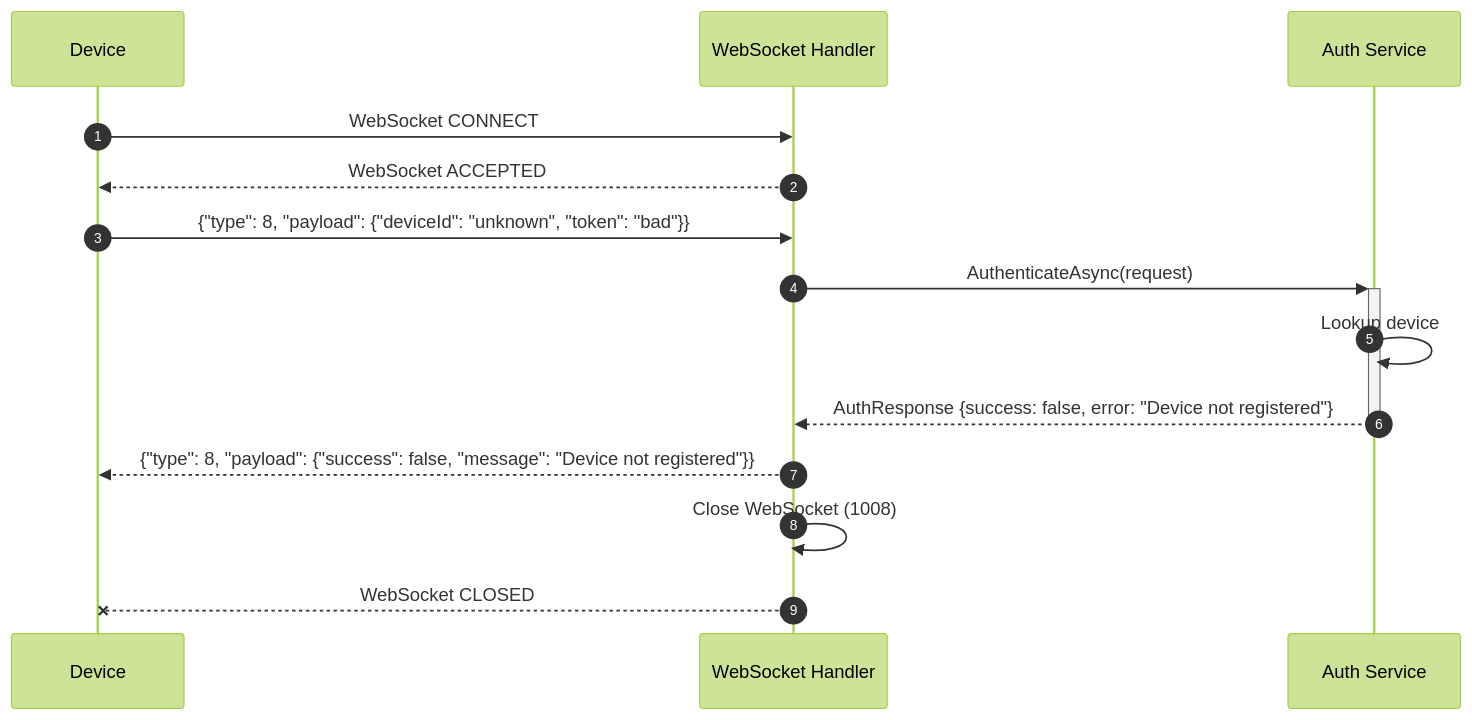
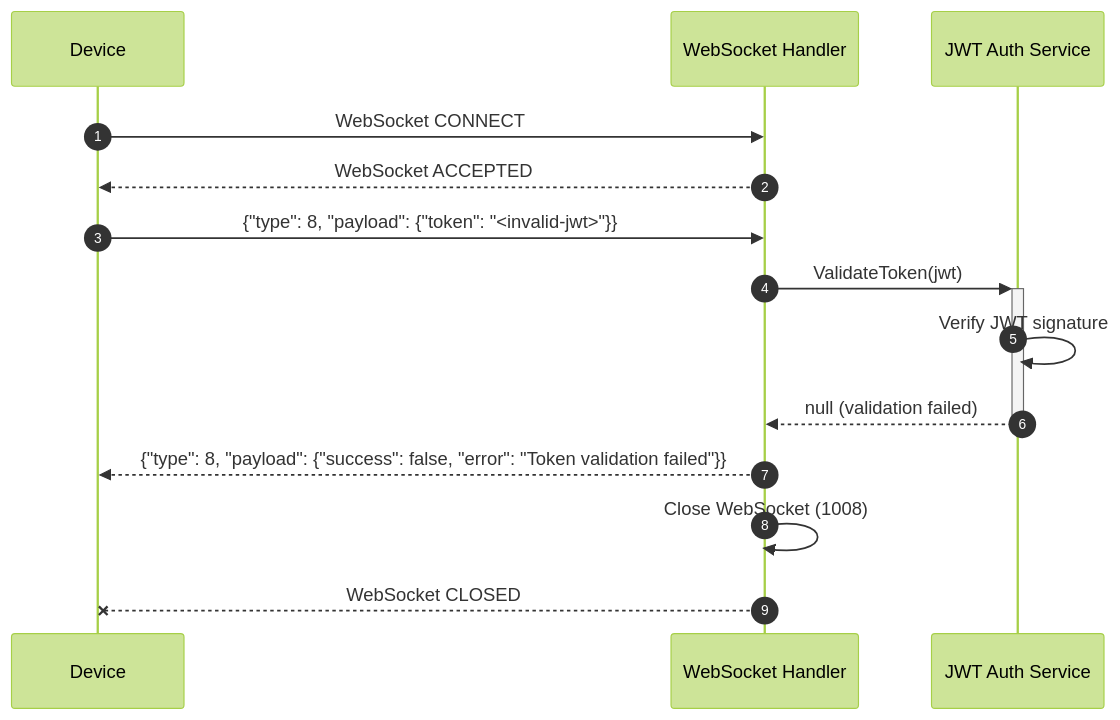
The second of 16 diagrams in docs/diagrams/sequence-diagrams.md (jtayl222/nats-websocket-bridge), drawn with Mermaid (forest theme) before and after one commit. The commit also changed other lines of this file and 8 other files, not shown here.

````diff
--- a/docs/diagrams/sequence-diagrams.md
+++ b/docs/diagrams/sequence-diagrams.md
@@ -48,20 +48,20 @@
 ```mermaid
 sequenceDiagram
     autonumber
     participant Device as Device
     participant Handler as WebSocket Handler
-    participant Auth as Auth Service
+    participant Auth as JWT Auth Service
 
     Device->>Handler: WebSocket CONNECT
     Handler-->>Device: WebSocket ACCEPTED
 
-    Device->>Handler: {"type": 8, "payload": {"deviceId": "unknown", "token": "bad"}}
+    Device->>Handler: {"type": 8, "payload": {"token": "<invalid-jwt>"}}
 
-    Handler->>+Auth: AuthenticateAsync(request)
-    Auth->>Auth: Lookup device
-    Auth-->>-Handler: AuthResponse {success: false, error: "Device not registered"}
+    Handler->>+Auth: ValidateToken(jwt)
+    Auth->>Auth: Verify JWT signature
+    Auth-->>-Handler: null (validation failed)
 
-    Handler-->>Device: {"type": 8, "payload": {"success": false, "message": "Device not registered"}}
+    Handler-->>Device: {"type": 8, "payload": {"success": false, "error": "Token validation failed"}}
     Handler->>Handler: Close WebSocket (1008)
     Handler--xDevice: WebSocket CLOSED
 ```
````
